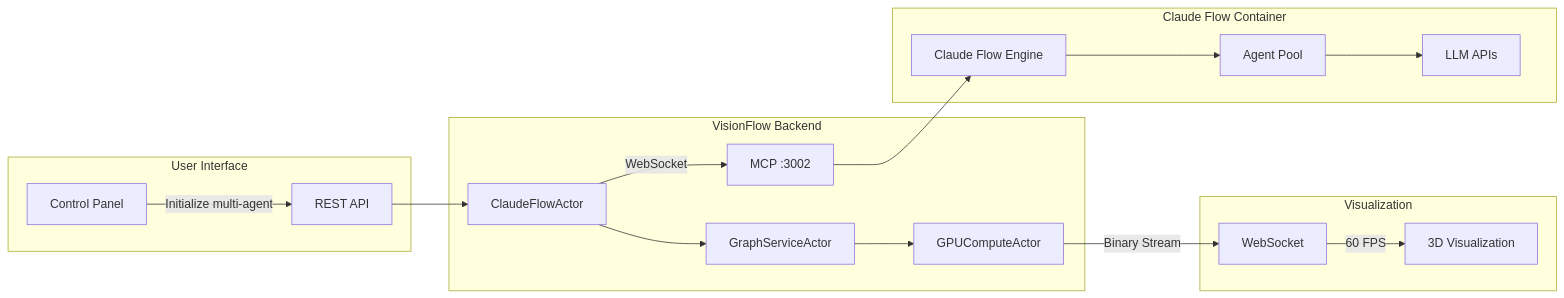
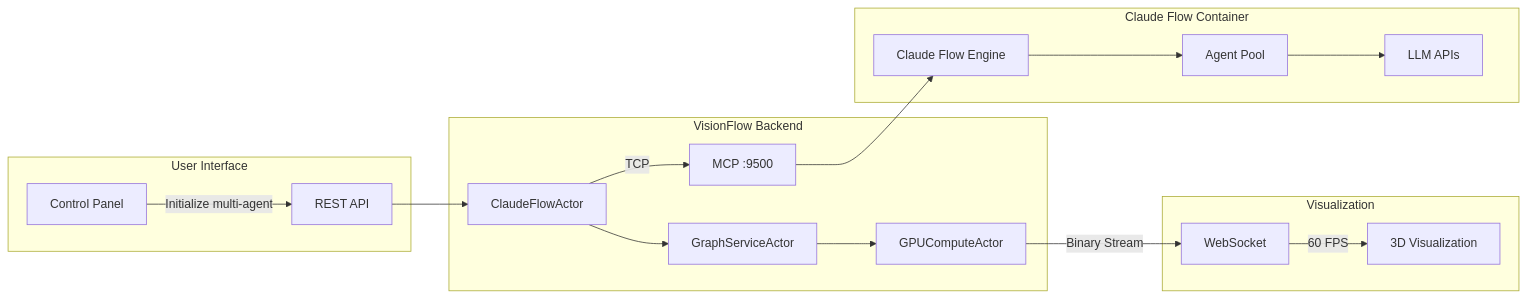
One commit to DreamLab-AI/VisionFlow changed the diagram in docs/server/agent-swarm.md. Above: the diagram before and after it, drawn with Mermaid. The commit also changed 66 other files, not shown here.

````diff
--- a/docs/server/agent-swarm.md
+++ b/docs/server/agent-swarm.md
@@ -9,24 +9,24 @@
 ```mermaid
 graph LR
     subgraph "User Interface"
         UI[Control Panel] --> |Initialize multi-agent| API[REST API]
     end
 
     subgraph "VisionFlow Backend"
         API --> CFA[ClaudeFlowActor]
-        CFA --> |WebSocket| MCP[MCP :3002]
+        CFA --> |TCP| MCP[MCP :9500]
         CFA --> GSA[GraphServiceActor]
         GSA --> GPU[GPUComputeActor]
     end
 
     subgraph "Claude Flow Container"
         MCP --> CF[Claude Flow Engine]
         CF --> POOL[Agent Pool]
         POOL --> LLM[LLM APIs]
     end
 
     subgraph "Visualization"
         GPU --> |Binary Stream| WS[WebSocket]
         WS --> |60 FPS| V3D[3D Visualization]
     end
 ```
````
